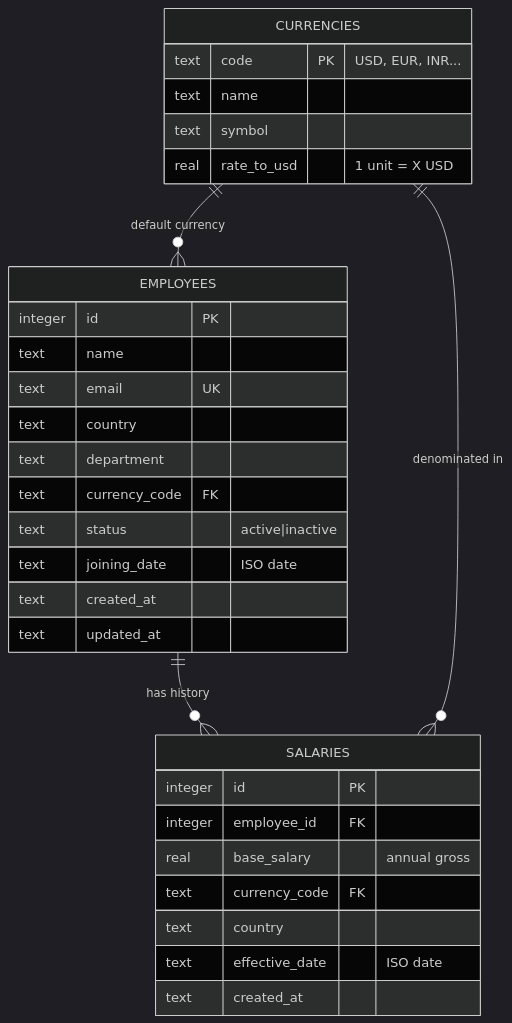
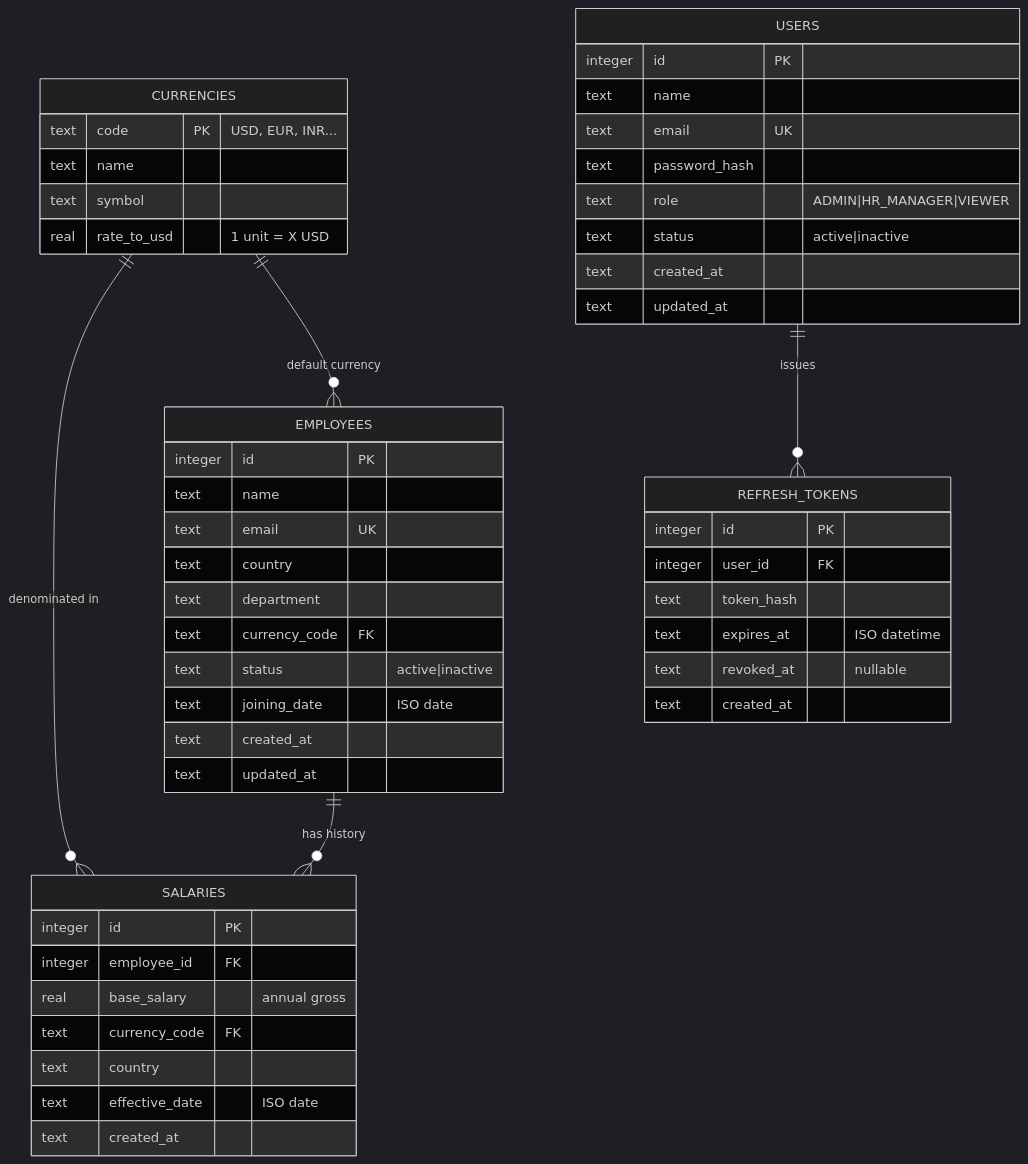
Before and after one commit to shirbhateisha-ui/EmpSalaryManagementSystem: the second of 3 diagrams in docs/ARCHITECTURE.md, drawn with Mermaid (dark theme). The commit also changed other lines of this file and 13 other files, not shown here.

````diff
--- a/docs/ARCHITECTURE.md
+++ b/docs/ARCHITECTURE.md
@@ -102,34 +126,53 @@
 ```mermaid
 erDiagram
     EMPLOYEES ||--o{ SALARIES : "has history"
     CURRENCIES ||--o{ SALARIES : "denominated in"
     CURRENCIES ||--o{ EMPLOYEES : "default currency"
+    USERS ||--o{ REFRESH_TOKENS : "issues"
 
+    USERS {
+        integer id PK
+        text    name
+        text    email UK
+        text    password_hash
+        text    role "ADMIN|HR_MANAGER|VIEWER"
+        text    status "active|inactive"
+        text    created_at
+        text    updated_at
+    }
+    REFRESH_TOKENS {
+        integer id PK
+        integer user_id FK
+        text    token_hash
+        text    expires_at "ISO datetime"
+        text    revoked_at "nullable"
+        text    created_at
+    }
     EMPLOYEES {
         integer id PK
         text    name
         text    email UK
         text    country
         text    department
         text    currency_code FK
         text    status "active|inactive"
         text    joining_date "ISO date"
         text    created_at
         text    updated_at
     }
     SALARIES {
         integer id PK
         integer employee_id FK
         real    base_salary "annual gross"
         text    currency_code FK
         text    country
         text    effective_date "ISO date"
         text    created_at
     }
     CURRENCIES {
         text code PK "USD, EUR, INR..."
         text name
         text symbol
         real rate_to_usd "1 unit = X USD"
     }
 ```
````
